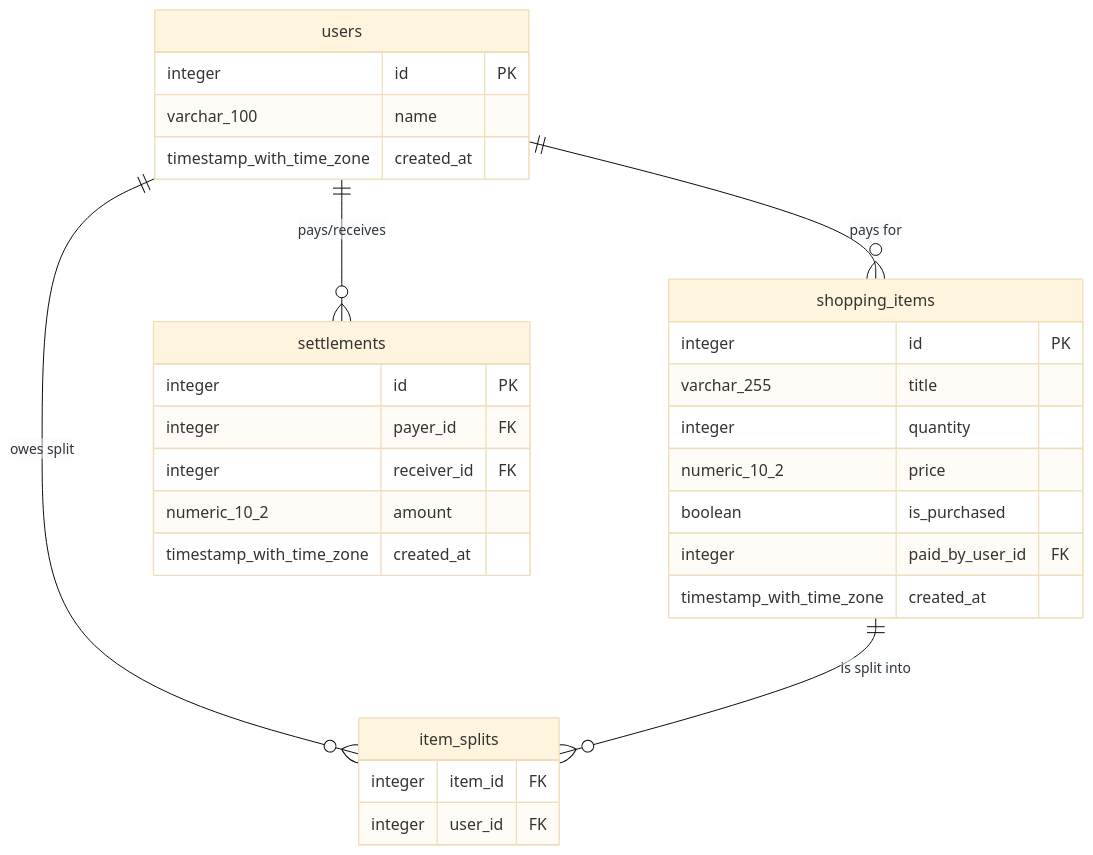
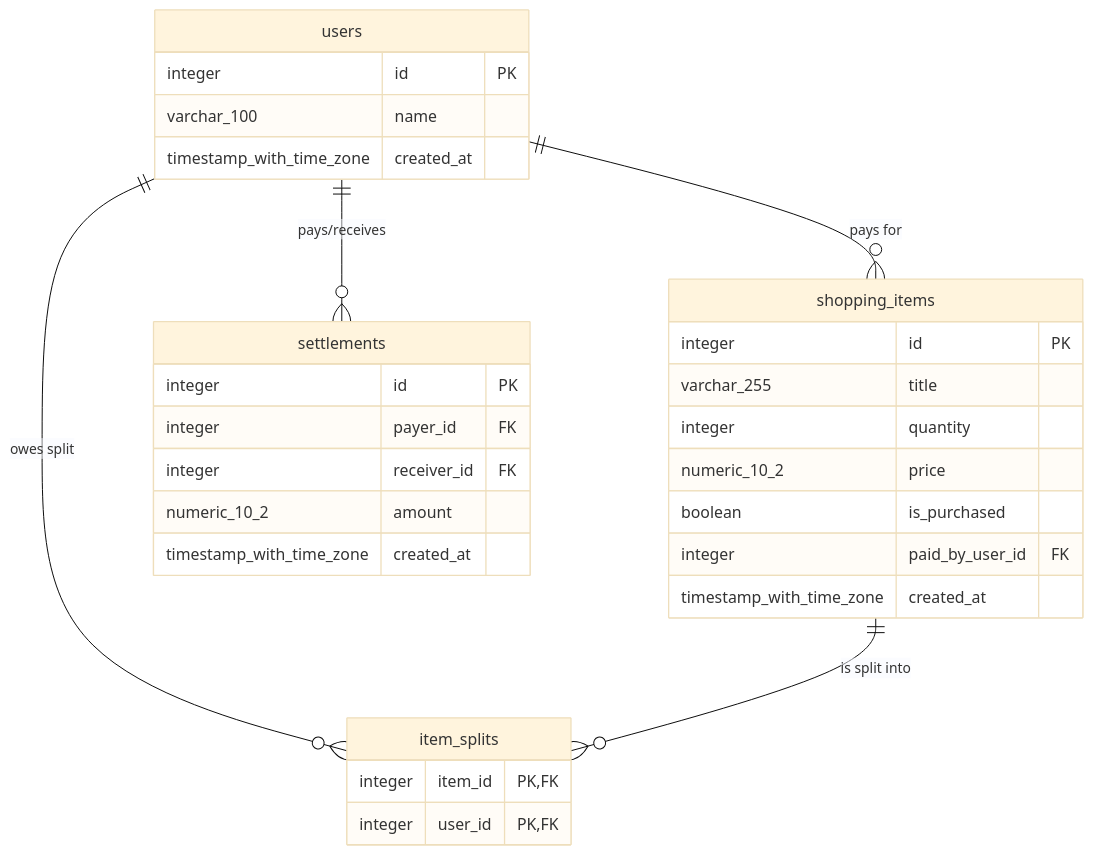
Before and after one commit to NicoSatragni/ProgramacionWeb: the second of 2 diagrams in db/schema/DIAGRAMA.md, drawn with Mermaid (base theme).

````diff
--- a/db/schema/DIAGRAMA.md
+++ b/db/schema/DIAGRAMA.md
@@ -32,40 +32,40 @@
 ```mermaid
 erDiagram
     users {
         integer id PK
         varchar_100 name
         timestamp_with_time_zone created_at
     }
 
     shopping_items {
         integer id PK
         varchar_255 title
         integer quantity
         numeric_10_2 price
         boolean is_purchased
         integer paid_by_user_id FK
         timestamp_with_time_zone created_at
     }
 
     item_splits {
-        integer item_id FK
-        integer user_id FK
+        integer item_id PK, FK
+        integer user_id PK, FK
     }
 
     settlements {
         integer id PK
         integer payer_id FK
         integer receiver_id FK
         numeric_10_2 amount
         timestamp_with_time_zone created_at
     }
 
     %% Relationships
     users ||--o{ shopping_items : "pays for"
     users ||--o{ item_splits : "owes split"
     users ||--o{ settlements : "pays/receives"
     shopping_items ||--o{ item_splits : "is split into"
 
 
 
 ```
````
